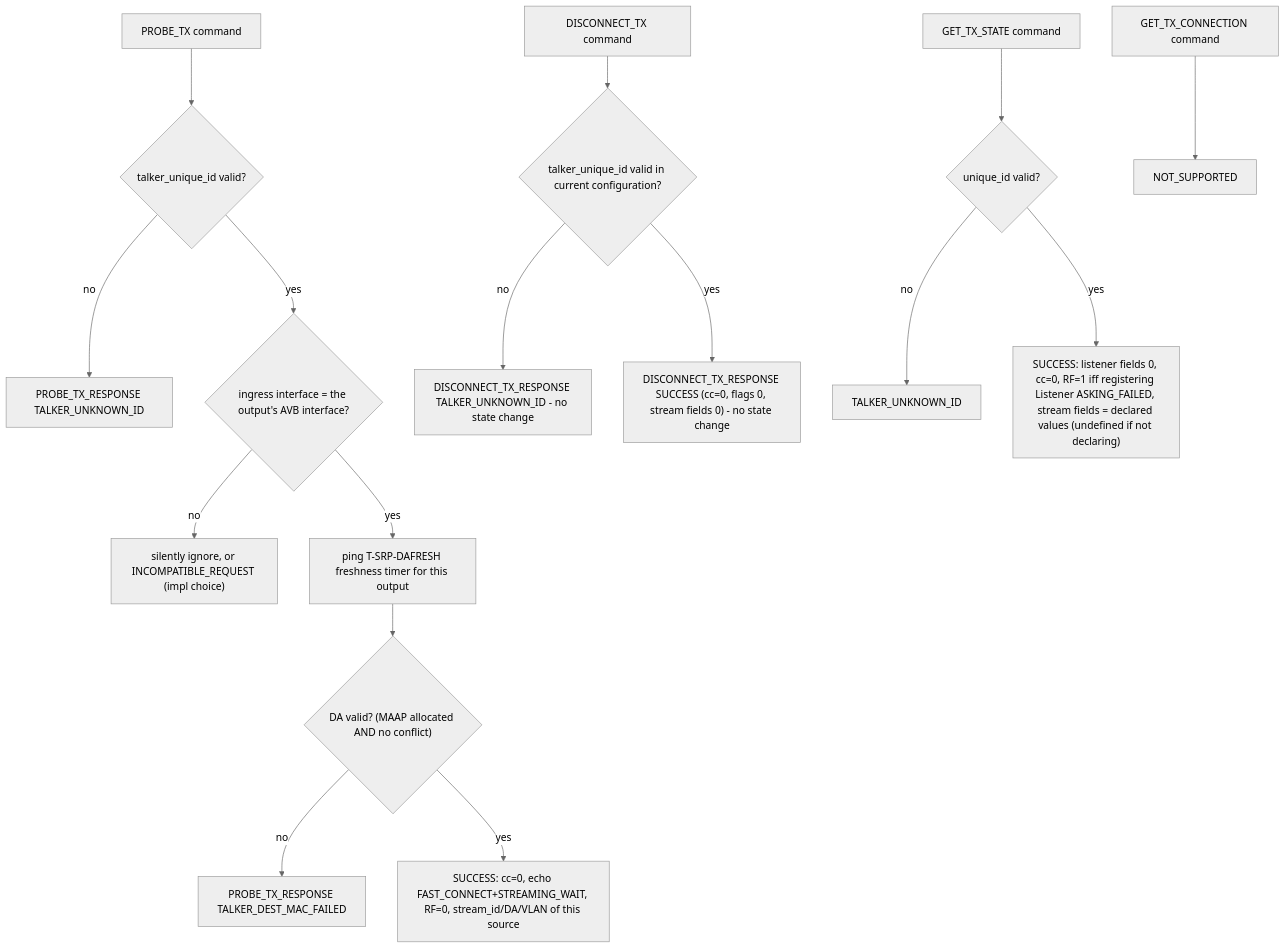
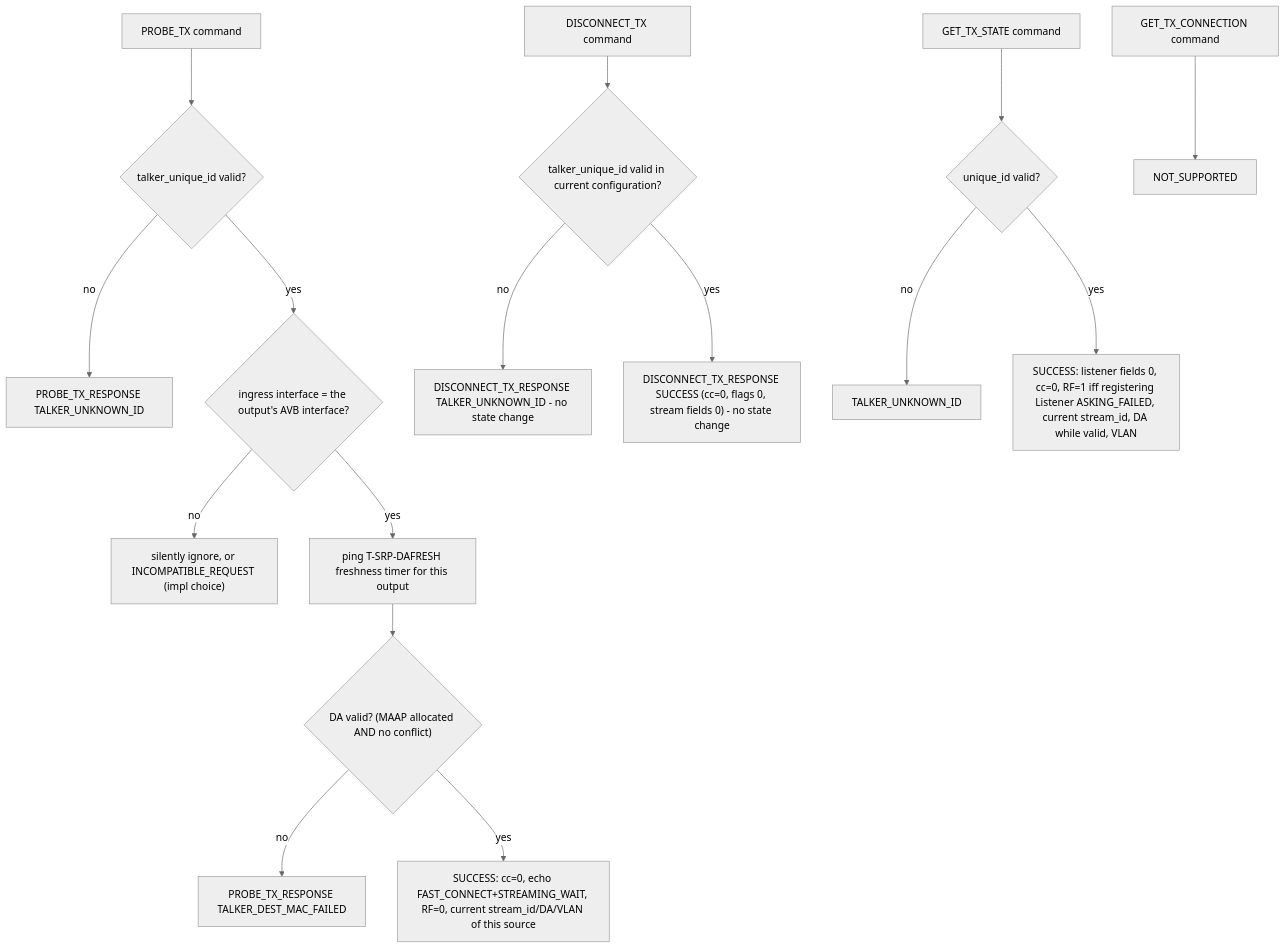
The sixth of 11 diagrams in docs/architecture/05_acmp_engine.md (Mister-M-alt/protocol-processor-control-plane-avb-milan), drawn with Mermaid (neutral theme) before and after one commit. The commit also changed other lines of this file and 8 other files, not shown here.

Commit message:
State the Stream ID move rule and its distinctness proof, name src_stream_id_o, and limit the two-LeaveAllTime gap to the same Stream ID in the architecture, interface and compliance documents (issue #202)

````diff
--- a/docs/architecture/05_acmp_engine.md
+++ b/docs/architecture/05_acmp_engine.md
@@ -406,18 +406,18 @@
 ```mermaid
 flowchart TB
   p["PROBE_TX command"] --> v1{"talker_unique_id valid?"}
   v1 -- no --> r1["PROBE_TX_RESPONSE TALKER_UNKNOWN_ID"]
   v1 -- yes --> v2{"ingress interface = the output's AVB interface?"}
   v2 -- no --> r2["silently ignore, or INCOMPATIBLE_REQUEST (impl choice)"]
   v2 -- yes --> ping["ping T-SRP-DAFRESH freshness timer for this output"]
   ping --> v3{"DA valid? (MAAP allocated AND no conflict)"}
   v3 -- no --> r3["PROBE_TX_RESPONSE TALKER_DEST_MAC_FAILED"]
-  v3 -- yes --> r4["SUCCESS: cc=0, echo FAST_CONNECT+STREAMING_WAIT, RF=0, stream_id/DA/VLAN of this source"]
+  v3 -- yes --> r4["SUCCESS: cc=0, echo FAST_CONNECT+STREAMING_WAIT, RF=0, current stream_id/DA/VLAN of this source"]
   d["DISCONNECT_TX command"] --> v5{"talker_unique_id valid in current configuration?"}
   v5 -- no --> r9["DISCONNECT_TX_RESPONSE TALKER_UNKNOWN_ID - no state change"]
   v5 -- yes --> r5["DISCONNECT_TX_RESPONSE SUCCESS (cc=0, flags 0, stream fields 0) - no state change"]
   g["GET_TX_STATE command"] --> v4{"unique_id valid?"}
   v4 -- no --> r6["TALKER_UNKNOWN_ID"]
-  v4 -- yes --> r7["SUCCESS: listener fields 0, cc=0, RF=1 iff registering Listener ASKING_FAILED, stream fields = declared values (undefined if not declaring)"]
+  v4 -- yes --> r7["SUCCESS: listener fields 0, cc=0, RF=1 iff registering Listener ASKING_FAILED, current stream_id, DA while valid, VLAN"]
   gc["GET_TX_CONNECTION command"] --> r8["NOT_SUPPORTED"]
 ```
````
